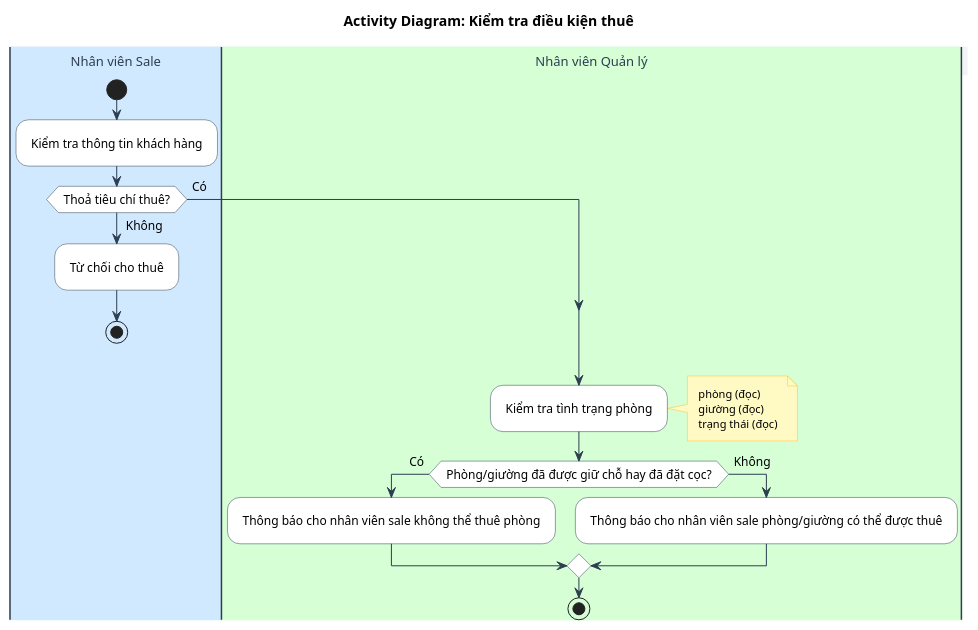
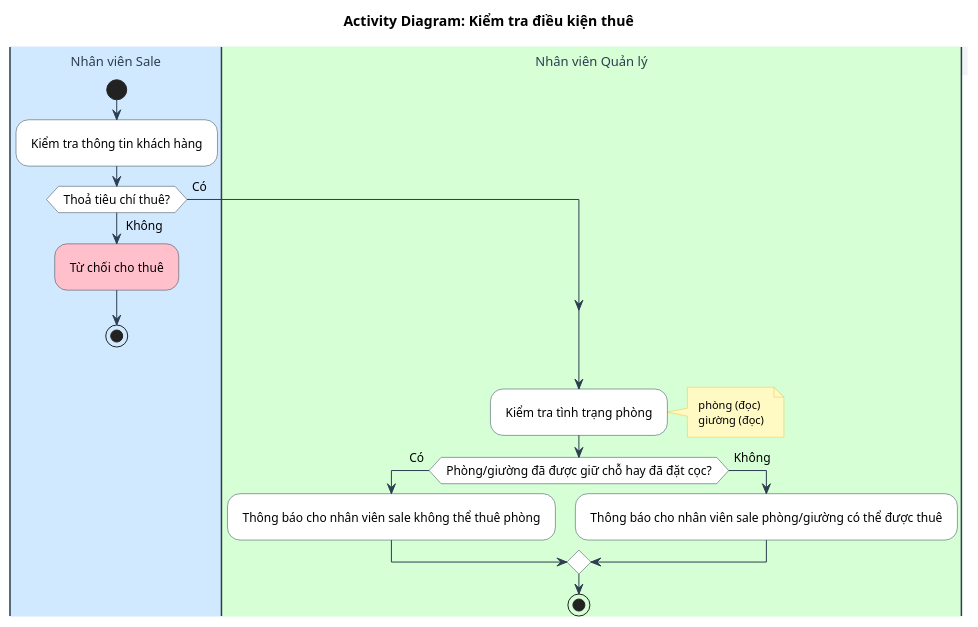
Before and after one commit to Gnourt812005/HCMUS-Analyze-and-desgin-IS: the diagram in doc/business/activity/kiem_tra_dieu_kien_thue.wsd, drawn with PlantUML. The commit also changed 2 other files, not shown here.

Commit message:
activity/bao: Sửa lại quy trình cho phù hợp với thực thể nghiệp vụ và quy trình

```diff
--- a/doc/business/activity/kiem_tra_dieu_kien_thue.wsd
+++ b/doc/business/activity/kiem_tra_dieu_kien_thue.wsd
@@ -1,56 +1,55 @@
 @startuml KiemTraDieuKienThue
 title Activity Diagram: Kiểm tra điều kiện thuê
 
 ' --- STYLE CONFIGURATION ---
 skinparam {
     ActivityBackgroundColor White
     ActivityBorderColor #2D3E50
     ArrowColor #2D3E50
     DefaultFontName "Arial"
     DefaultFontSize 12
     Padding 5
 
     ' Swimlane styling
     SwimlaneBorderColor #2D3E50
     SwimlaneTitleBackgroundColor #F1F3F5
     SwimlaneTitleFontSize 13
     SwimlaneTitleFontColor #2D3E50
     
     ' Note styling
     NoteBackgroundColor #FFF9C4
     NoteBorderColor #FBC02D
     NoteFontSize 11
 }
 
 ' --- SWIMLANES ---
 |#D1E9FF|Nhân viên Sale|
 |#D6FFD6|Nhân viên Quản lý|
 
 
 |Nhân viên Sale|
 start
 :Kiểm tra thông tin khách hàng;
 
 if (Thoả tiêu chí thuê?) then (Không)
-    :Từ chối cho thuê;
+    #Pink:Từ chối cho thuê;
     stop
 else (Có)
 endif
 
 |Nhân viên Quản lý|
 :Kiểm tra tình trạng phòng;
 note right
     phòng (đọc)
     giường (đọc)
-    trạng thái (đọc)
 end note
 
 if (Phòng/giường đã được giữ chỗ hay đã đặt cọc?) then (Có)
     :Thông báo cho nhân viên sale không thể thuê phòng;
 else (Không)
     :Thông báo cho nhân viên sale phòng/giường có thể được thuê;
 endif
 
 
 stop
 @enduml
```
